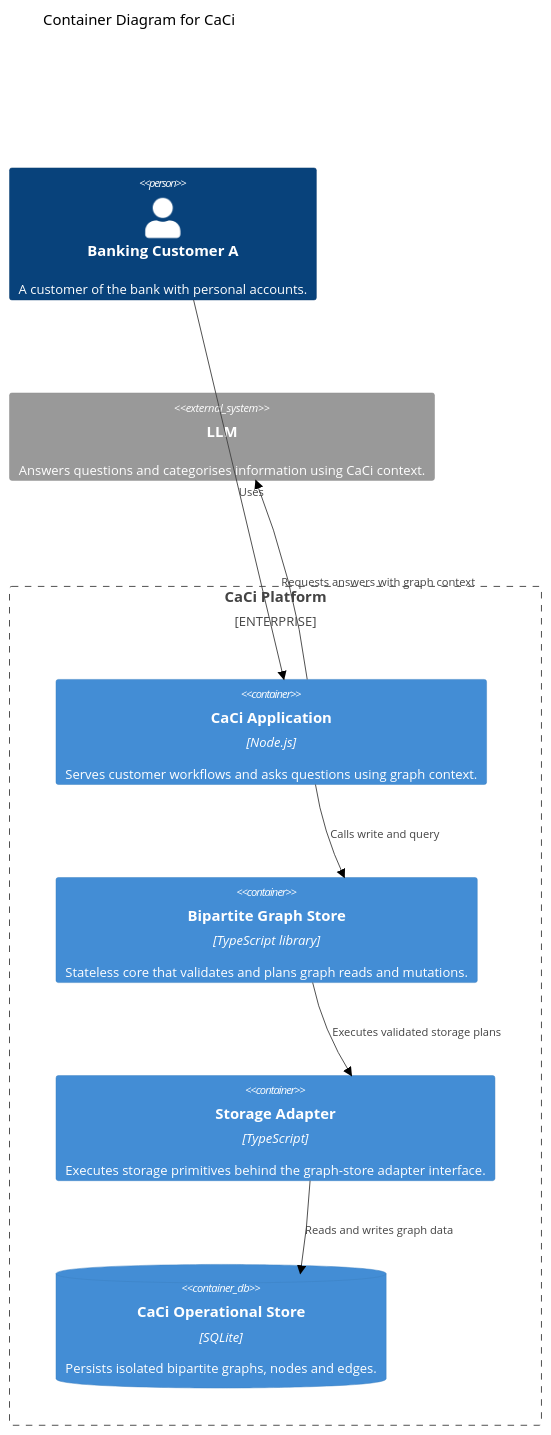
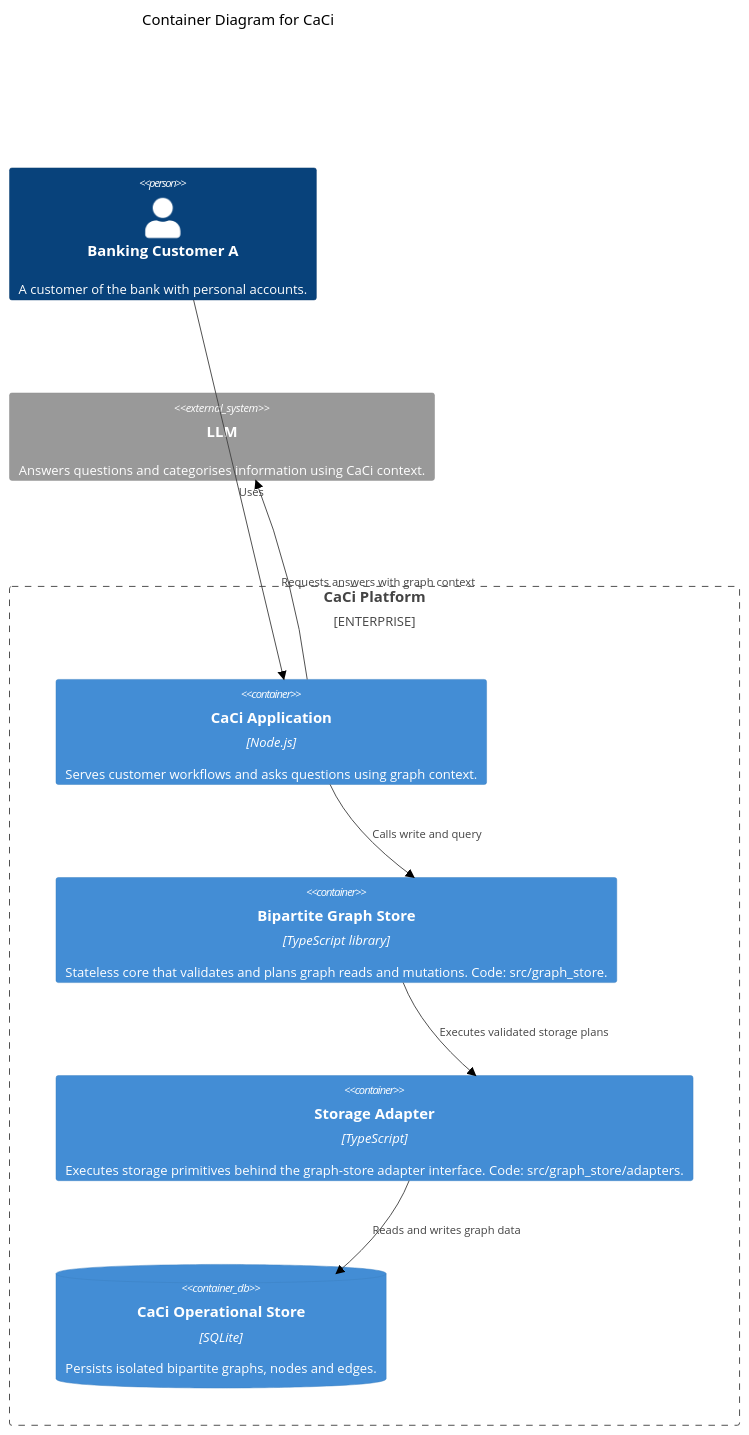
Before and after one commit to andymonis/caci: the diagram in architecture/container.mmd, drawn with Mermaid (neutral theme). The commit also changed 33 other files, not shown here.

First line of the commit message:
refactor: isolate graph store under src/graph_store (T-023)

```diff
--- a/architecture/container.mmd
+++ b/architecture/container.mmd
@@ -1,20 +1,20 @@
 C4Container
     title Container Diagram for CaCi
 
     Person(customerA, "Banking Customer A", "A customer of the bank with personal accounts.")
     System_Ext(System_llm, "LLM", "Answers questions and categorises information using CaCi context.")
 
     Enterprise_Boundary(caci_platform, "CaCi Platform") {
         Container(caci_app, "CaCi Application", "Node.js", "Serves customer workflows and asks questions using graph context.")
-        Container(graph_store, "Bipartite Graph Store", "TypeScript library", "Stateless core that validates and plans graph reads and mutations.")
-        Container(storage_adapter, "Storage Adapter", "TypeScript", "Executes storage primitives behind the graph-store adapter interface.")
+        Container(graph_store, "Bipartite Graph Store", "TypeScript library", "Stateless core that validates and plans graph reads and mutations. Code: src/graph_store.")
+        Container(storage_adapter, "Storage Adapter", "TypeScript", "Executes storage primitives behind the graph-store adapter interface. Code: src/graph_store/adapters.")
         ContainerDb(caci_db, "CaCi Operational Store", "SQLite", "Persists isolated bipartite graphs, nodes and edges.")
     }
 
     Rel(customerA, caci_app, "Uses")
     Rel(caci_app, graph_store, "Calls write and query")
     Rel(caci_app, System_llm, "Requests answers with graph context")
     Rel(graph_store, storage_adapter, "Executes validated storage plans")
     Rel(storage_adapter, caci_db, "Reads and writes graph data")
 
     UpdateLayoutConfig($c4ShapeInRow="2", $c4BoundaryInRow="1")
```
